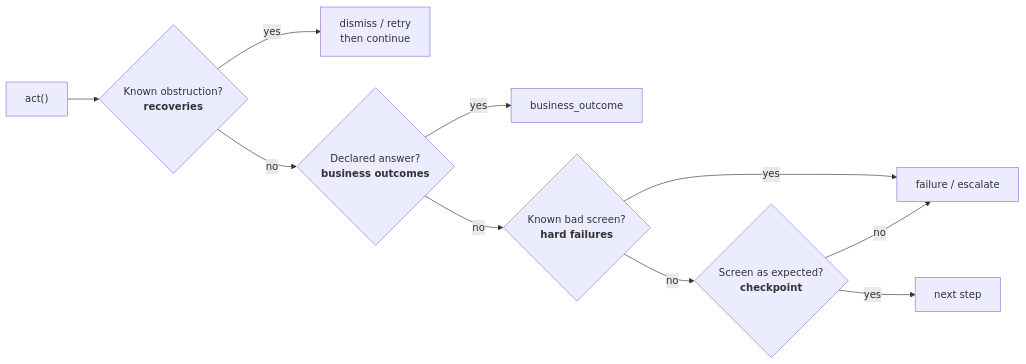
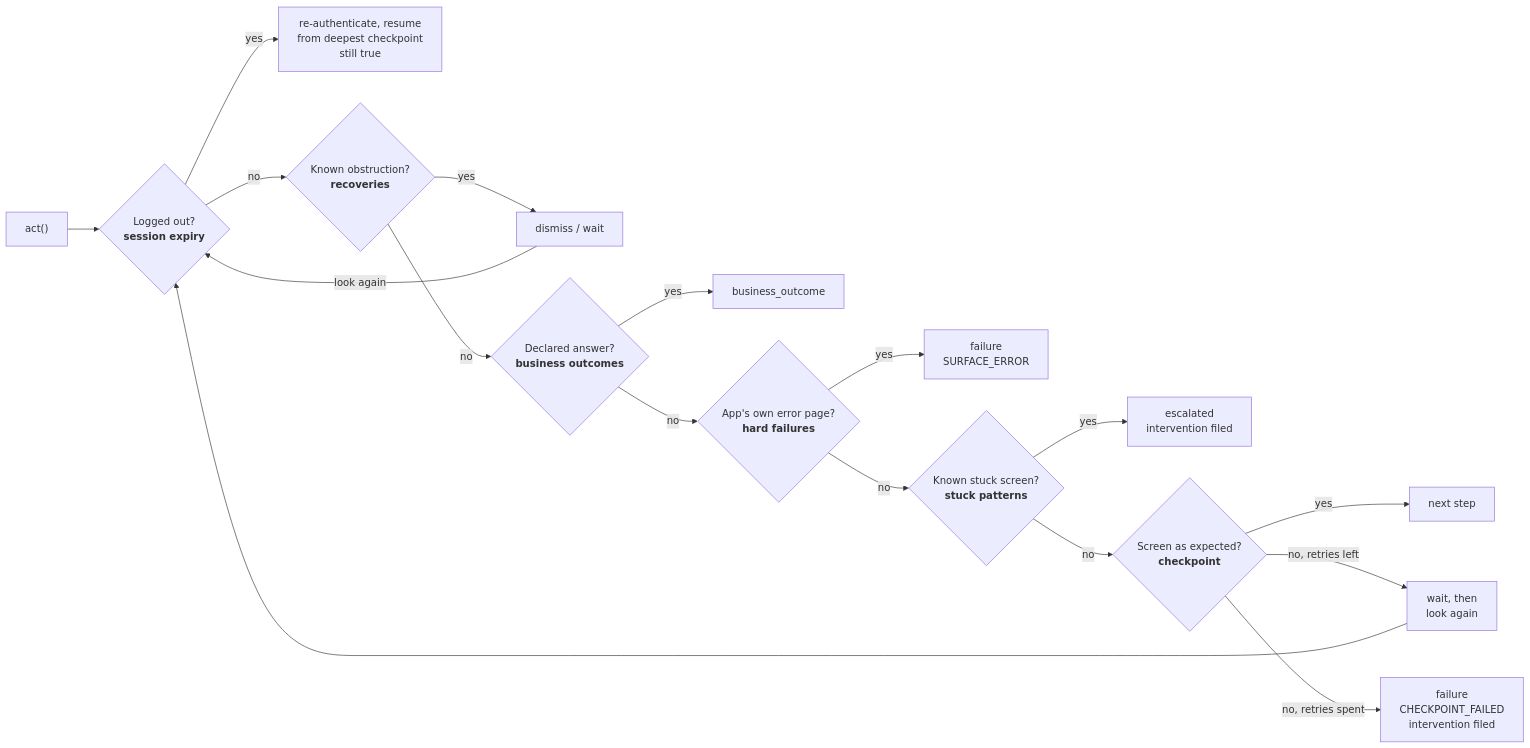
One commit to omkarkorde27/automation-assessment changed the sixth of 9 diagrams in README.md. Above: the diagram before and after it, drawn with Mermaid. The commit also changed other lines of this file, not shown here.

````diff
--- a/README.md
+++ b/README.md
@@ -225,12 +247,19 @@
 ```mermaid
 flowchart LR
-    ACT["act()"] --> R1{"Known obstruction?<br/><b>recoveries</b>"}
-    R1 -->|yes| FIX["dismiss / retry<br/>then continue"]
+    ACT["act()"] --> R0{"Logged out?<br/><b>session expiry</b>"}
+    R0 -->|yes| RA["re-authenticate, resume<br/>from deepest checkpoint<br/>still true"]
+    R0 -->|no| R1{"Known obstruction?<br/><b>recoveries</b>"}
+    R1 -->|yes| FIX["dismiss / wait"]
+    FIX -->|look again| R0
     R1 -->|no| R2{"Declared answer?<br/><b>business outcomes</b>"}
     R2 -->|yes| BO["business_outcome"]
-    R2 -->|no| R3{"Known bad screen?<br/><b>hard failures</b>"}
-    R3 -->|yes| FL["failure / escalate"]
-    R3 -->|no| R4{"Screen as expected?<br/><b>checkpoint</b>"}
+    R2 -->|no| R3{"App's own error page?<br/><b>hard failures</b>"}
+    R3 -->|yes| FL["failure<br/>SURFACE_ERROR"]
+    R3 -->|no| R3b{"Known stuck screen?<br/><b>stuck patterns</b>"}
+    R3b -->|yes| ESC["escalated<br/>intervention filed"]
+    R3b -->|no| R4{"Screen as expected?<br/><b>checkpoint</b>"}
     R4 -->|yes| NEXT["next step"]
-    R4 -->|no| FL
+    R4 -->|"no, retries left"| W["wait, then<br/>look again"]
+    W --> R0
+    R4 -->|"no, retries spent"| CF["failure<br/>CHECKPOINT_FAILED<br/>intervention filed"]
 ```
````
